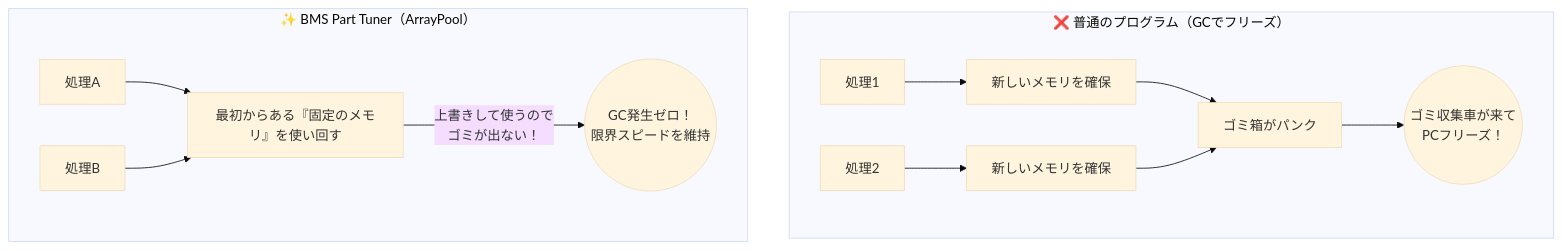
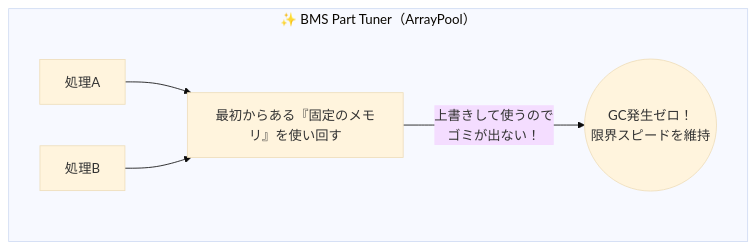
The tenth of 10 diagrams in docs/casual_guide.md (bms-atelier-kyokufu/BmsPartTuner), drawn with Mermaid (base theme) before and after one commit. The commit also changed other lines of this file, not shown here.

Commit message:
docs: add casual guide for BmsPartTuner usage

````diff
--- a/docs/casual_guide.md
+++ b/docs/casual_guide.md
@@ -408,17 +426,10 @@
 ```mermaid
 graph TD
-    subgraph before  [❌ 普通のプログラム（GCでフリーズ）]
-        処理1 --> 皿1[新しいメモリを確保]
-        処理2 --> 皿2[新しいメモリを確保]
-        皿1 --> ゴミ箱[ゴミ箱がパンク]
-        皿2 --> ゴミ箱
-        ゴミ箱 --> GC((ゴミ収集車が来て<br>PCフリーズ！))
-    end
     subgraph after [✨ BMS Part Tuner（ArrayPool）]
         棚[最初からある『固定のメモリ』を使い回す]
         処理A --> 棚
         処理B --> 棚
         棚 --> |上書きして使うので<br>ゴミが出ない！| 爆速((GC発生ゼロ！<br>限界スピードを維持))
     end
 
 ```
````
